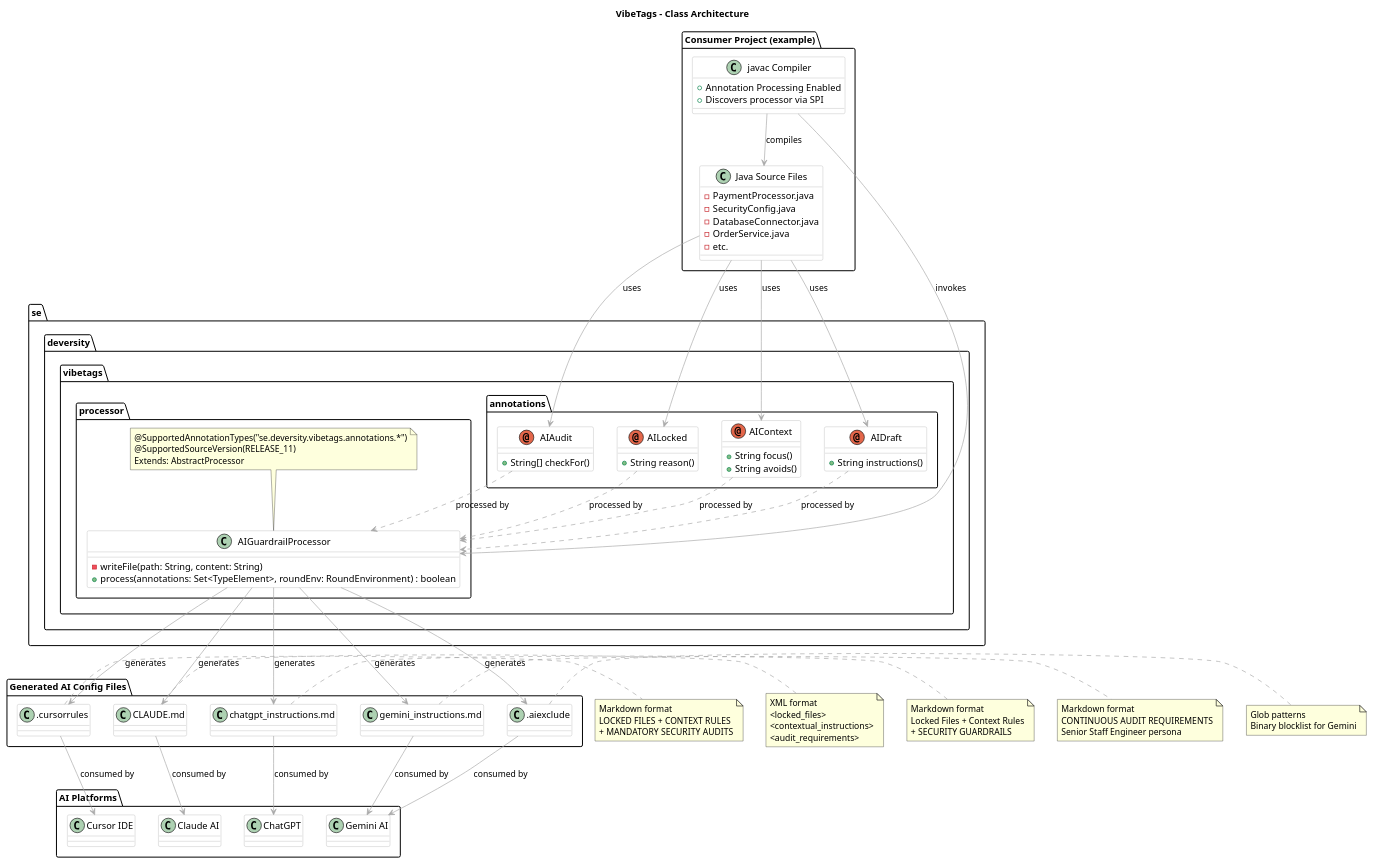
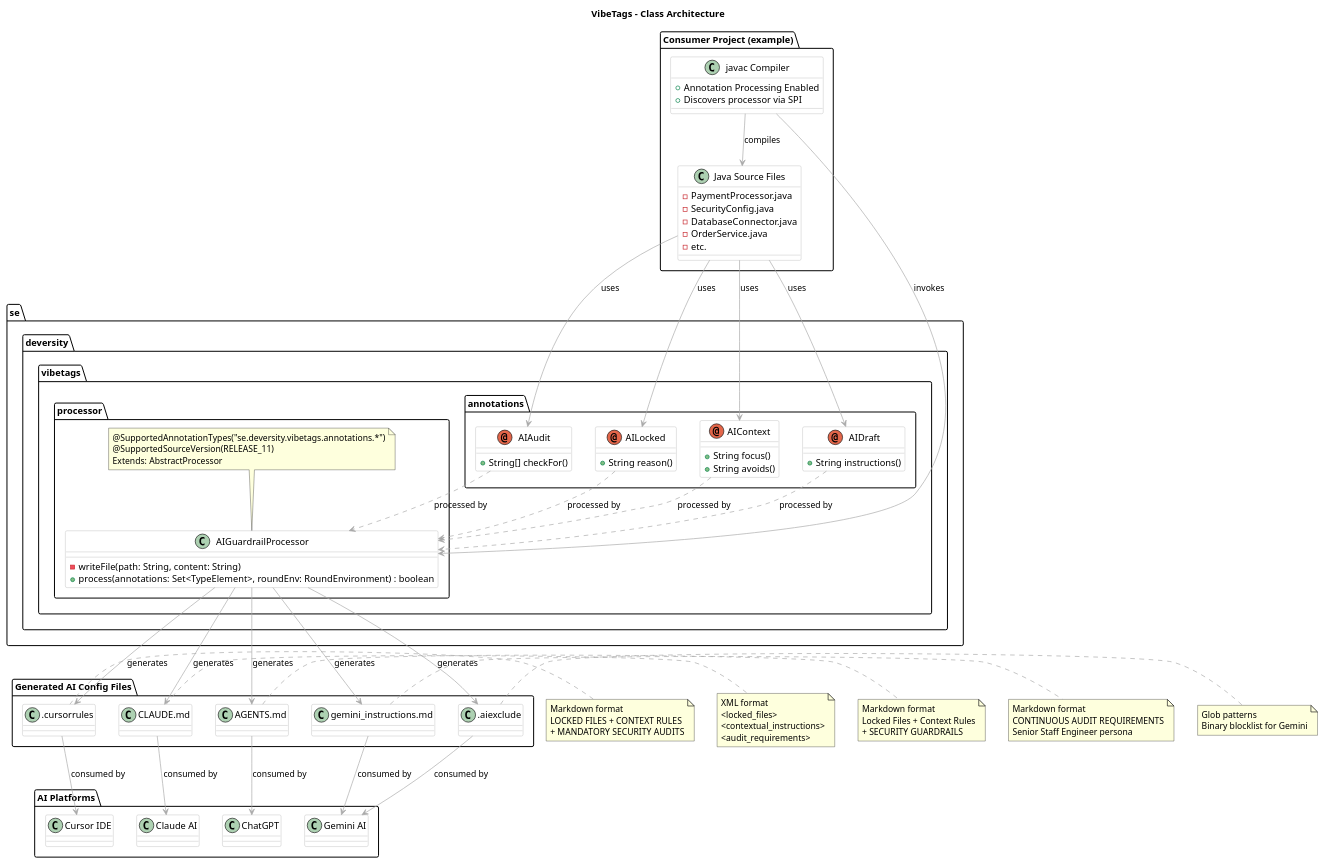
One commit to PIsberg/vibetags changed the diagram in docs/diagrams/class-diagram.puml. Above: the diagram before and after it, drawn with PlantUML. The commit also changed 6 other files, not shown here.

```diff
--- a/docs/diagrams/class-diagram.puml
+++ b/docs/diagrams/class-diagram.puml
@@ -1,142 +1,142 @@
 @startuml
 title VibeTags - Class Architecture
 
 allowmixing
 
 skinparam class {
     BackgroundColor White
     ArrowColor DarkGray
     BorderColor DarkGray
 }
 
 skinparam stereotypeCBackgroundColor #E8E8E8
 
 ' Package: Annotations
 package "se.deversity.vibetags.annotations" {
 
     annotation AILocked {
         + String reason()
     }
 
     annotation AIContext {
         + String focus()
         + String avoids()
     }
 
     annotation AIDraft {
         + String instructions()
     }
 
     annotation AIAudit {
         + String[] checkFor()
     }
 }
 
 ' Package: Processor
 package "se.deversity.vibetags.processor" {
 
     class AIGuardrailProcessor {
         - writeFile(path: String, content: String)
         + process(annotations: Set<TypeElement>, roundEnv: RoundEnvironment) : boolean
     }
 
     note top of AIGuardrailProcessor
         @SupportedAnnotationTypes("se.deversity.vibetags.annotations.*")
         @SupportedSourceVersion(RELEASE_11)
         Extends: AbstractProcessor
     end note
 }
 
 ' Package: Consumer
 package "Consumer Project (example)" {
 
     class "Java Source Files" as ConsumerSource {
         - PaymentProcessor.java
         - SecurityConfig.java
         - DatabaseConnector.java
         - OrderService.java
         - etc.
     }
 
     class "javac Compiler" as Javac {
         + Annotation Processing Enabled
         + Discovers processor via SPI
     }
 }
 
 ' Package: Generated Output
 package "Generated AI Config Files" {
 
     class ".cursorrules" as CursorRules
     class "CLAUDE.md" as ClaudeMd
     class ".aiexclude" as AiExclude
-    class "chatgpt_instructions.md" as ChatGptMd
+    class "AGENTS.md" as AgentsMd
     class "gemini_instructions.md" as GeminiMd
 }
 
 ' Package: AI Platforms
 package "AI Platforms" {
 
     class "Cursor IDE" as Cursor
     class "Claude AI" as Claude
     class "Gemini AI" as Gemini
     class "ChatGPT" as ChatGPT
 }
 
 ' Relationships
 AILocked ..> AIGuardrailProcessor : processed by
 AIContext ..> AIGuardrailProcessor : processed by
 AIDraft ..> AIGuardrailProcessor : processed by
 AIAudit ..> AIGuardrailProcessor : processed by
 
 ConsumerSource --> AILocked : uses
 ConsumerSource --> AIContext : uses
 ConsumerSource --> AIDraft : uses
 ConsumerSource --> AIAudit : uses
 
 Javac --> ConsumerSource : compiles
 Javac --> AIGuardrailProcessor : invokes
 
 AIGuardrailProcessor --> CursorRules : generates
 AIGuardrailProcessor --> ClaudeMd : generates
 AIGuardrailProcessor --> AiExclude : generates
-AIGuardrailProcessor --> ChatGptMd : generates
+AIGuardrailProcessor --> AgentsMd : generates
 AIGuardrailProcessor --> GeminiMd : generates
 
 CursorRules --> Cursor : consumed by
 ClaudeMd --> Claude : consumed by
 AiExclude --> Gemini : consumed by
-ChatGptMd --> ChatGPT : consumed by
+AgentsMd --> ChatGPT : consumed by
 GeminiMd --> Gemini : consumed by
 
 note right of CursorRules
     Markdown format
     LOCKED FILES + CONTEXT RULES
     + MANDATORY SECURITY AUDITS
 end note
 
 note right of ClaudeMd
     XML format
     <locked_files>
     <contextual_instructions>
     <audit_requirements>
 end note
 
 note right of AiExclude
     Glob patterns
     Binary blocklist for Gemini
 end note
 
-note right of ChatGptMd
+note right of AgentsMd
     Markdown format
     Locked Files + Context Rules
     + SECURITY GUARDRAILS
 end note
 
 note right of GeminiMd
     Markdown format
     CONTINUOUS AUDIT REQUIREMENTS
     Senior Staff Engineer persona
 end note
 
 @enduml
```
